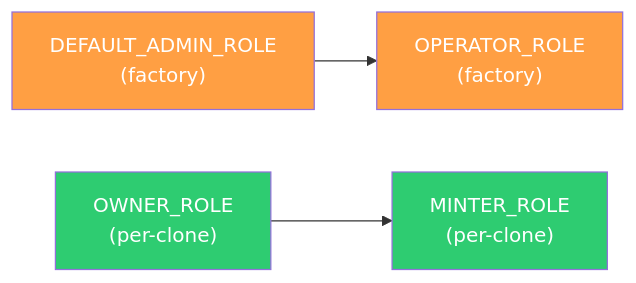
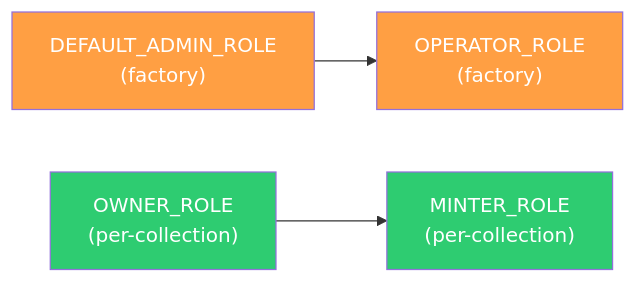
One commit to NodleCode/rollup changed the second of 6 diagrams in src/collections/doc/spec/user-collections-specification.md. Above: the diagram before and after it, drawn with Mermaid. The commit also changed other lines of this file, not shown here.

First line of the commit message:
docs(collections): refit spec for ERC1967Proxy per-collection deploy

````diff
--- a/src/collections/doc/spec/user-collections-specification.md
+++ b/src/collections/doc/spec/user-collections-specification.md
@@ -147,10 +149,10 @@
 ```mermaid
 graph LR
     DAR["DEFAULT_ADMIN_ROLE<br/>(factory)"] --> OPR["OPERATOR_ROLE<br/>(factory)"]
-    OWN["OWNER_ROLE<br/>(per-clone)"] --> MIN["MINTER_ROLE<br/>(per-clone)"]
+    OWN["OWNER_ROLE<br/>(per-collection)"] --> MIN["MINTER_ROLE<br/>(per-collection)"]
 
     style DAR fill:#ff9f43,color:#fff
     style OPR fill:#ff9f43,color:#fff
     style OWN fill:#2ecc71,color:#fff
     style MIN fill:#2ecc71,color:#fff
 ```
````
